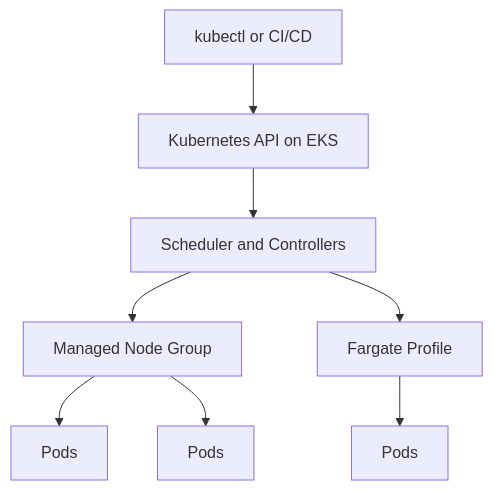
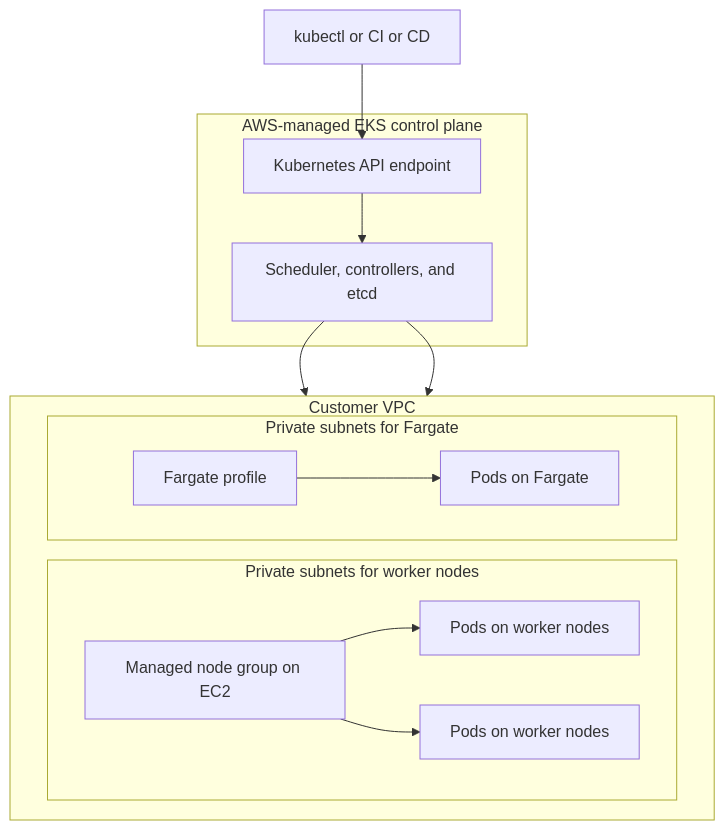
The diagram in 02 - Compute and Application Platforms/Amazon EKS.md (rooneyviet/aws-learning-obsidian), drawn with Mermaid before and after one commit. The commit also changed 16 other files, not shown here.

Commit message:
update diagrams

````diff
--- a/02 - Compute and Application Platforms/Amazon EKS.md
+++ b/02 - Compute and Application Platforms/Amazon EKS.md
@@ -25,10 +25,29 @@
 ```mermaid
-flowchart TD
-    Dev[kubectl or CI/CD] --> API[Kubernetes API on EKS]
-    API --> SCHED[Scheduler and Controllers]
-    SCHED --> NG1[Managed Node Group]
-    SCHED --> NG2[Fargate Profile]
-    NG1 --> P1[Pods]
-    NG1 --> P2[Pods]
-    NG2 --> P3[Pods]
+flowchart TB
+    Dev[kubectl or CI or CD] --> API[Kubernetes API endpoint]
+
+    subgraph Control["AWS-managed EKS control plane"]
+        API --> CP[Scheduler, controllers, and etcd]
+    end
+
+    subgraph VPC["Customer VPC"]
+        direction LR
+
+        subgraph NodeSubnets["Private subnets for worker nodes"]
+            NG[Managed node group on EC2]
+            P1[Pods on worker nodes]
+            P2[Pods on worker nodes]
+        end
+
+        subgraph FargateSubnets["Private subnets for Fargate"]
+            FG[Fargate profile]
+            P3[Pods on Fargate]
+        end
+    end
+
+    CP --> NG
+    CP --> FG
+    NG --> P1
+    NG --> P2
+    FG --> P3
 ```
````
